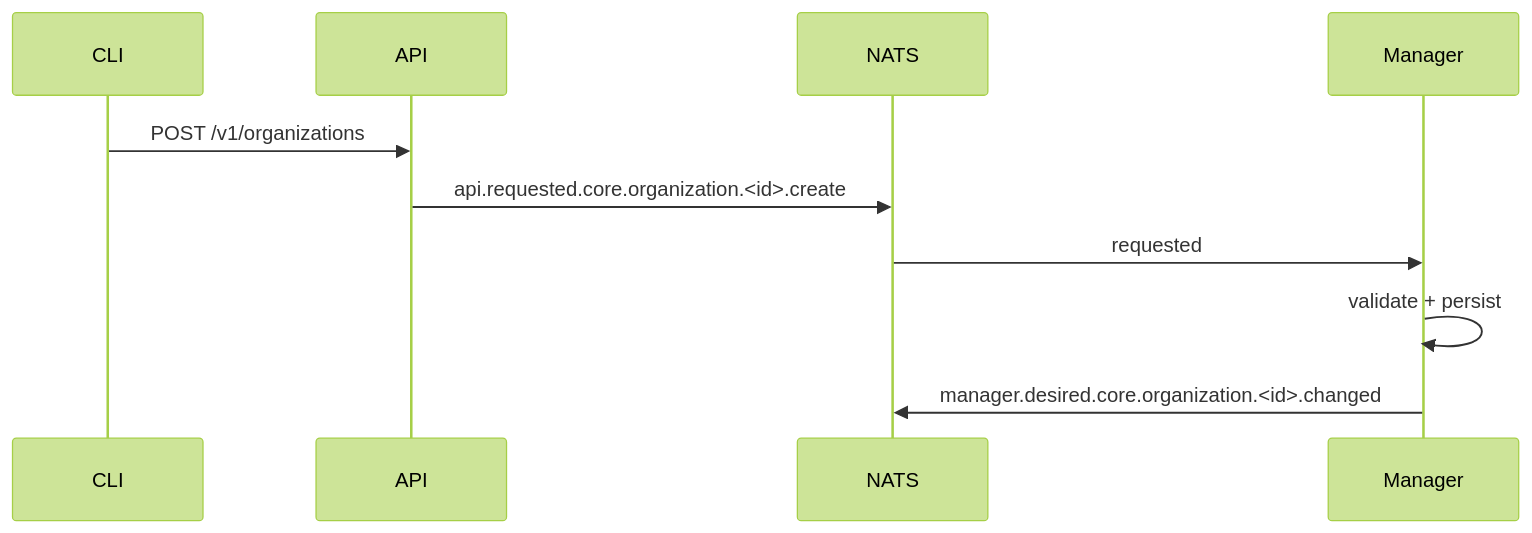
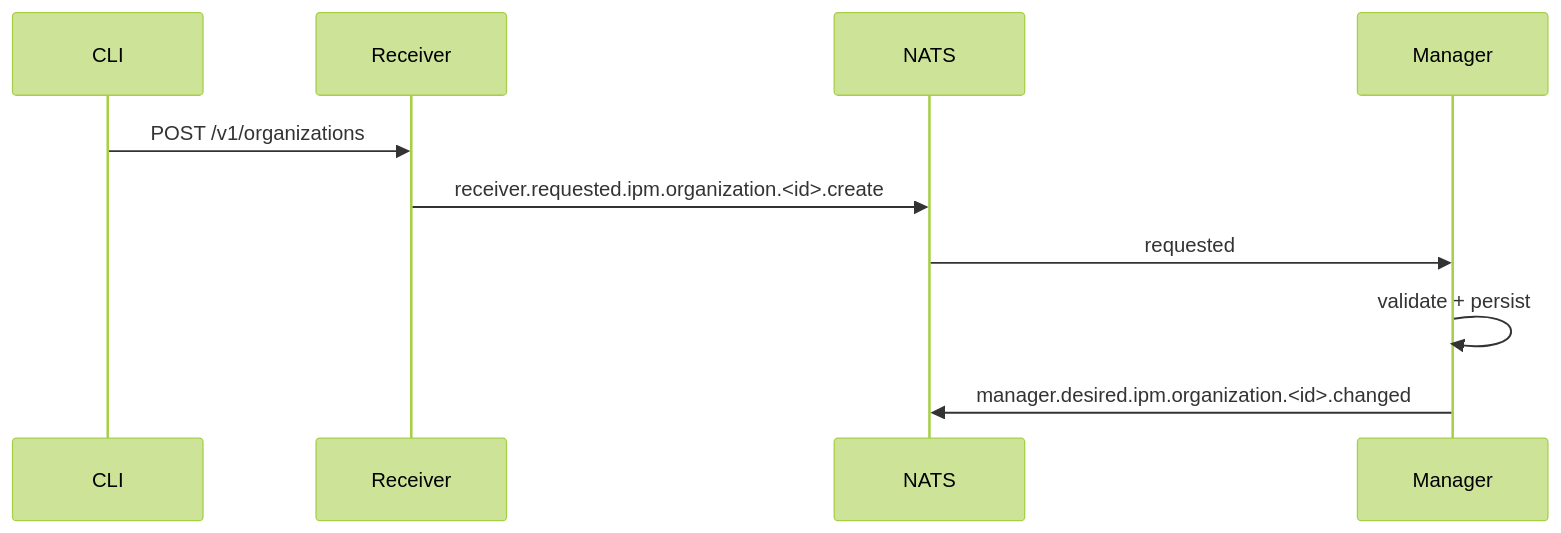
One commit to danielsabatini/smarkee changed the ninth of 18 diagrams in docs/RESOURCE-CONTROL-LOOP.md. Above: the diagram before and after it, drawn with Mermaid (forest theme). The commit also changed other lines of this file and 17 other files, not shown here.

````diff
--- a/docs/RESOURCE-CONTROL-LOOP.md
+++ b/docs/RESOURCE-CONTROL-LOOP.md
@@ -594,13 +588,13 @@
 ```mermaid
 sequenceDiagram
     participant CLI
-    participant API
+    participant Receiver
     participant NATS
     participant Manager
 
-    CLI->>API: POST /v1/organizations
-    API->>NATS: api.requested.core.organization.<id>.create
+    CLI->>Receiver: POST /v1/organizations
+    Receiver->>NATS: receiver.requested.ipm.organization.<id>.create
     NATS->>Manager: requested
     Manager->>Manager: validate + persist
-    Manager->>NATS: manager.desired.core.organization.<id>.changed
+    Manager->>NATS: manager.desired.ipm.organization.<id>.changed
 ```
````
